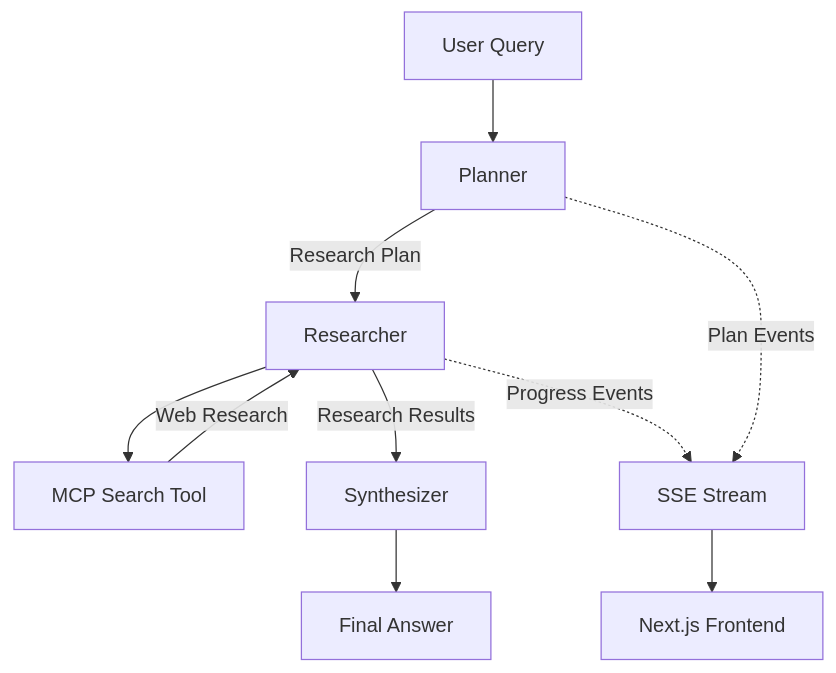
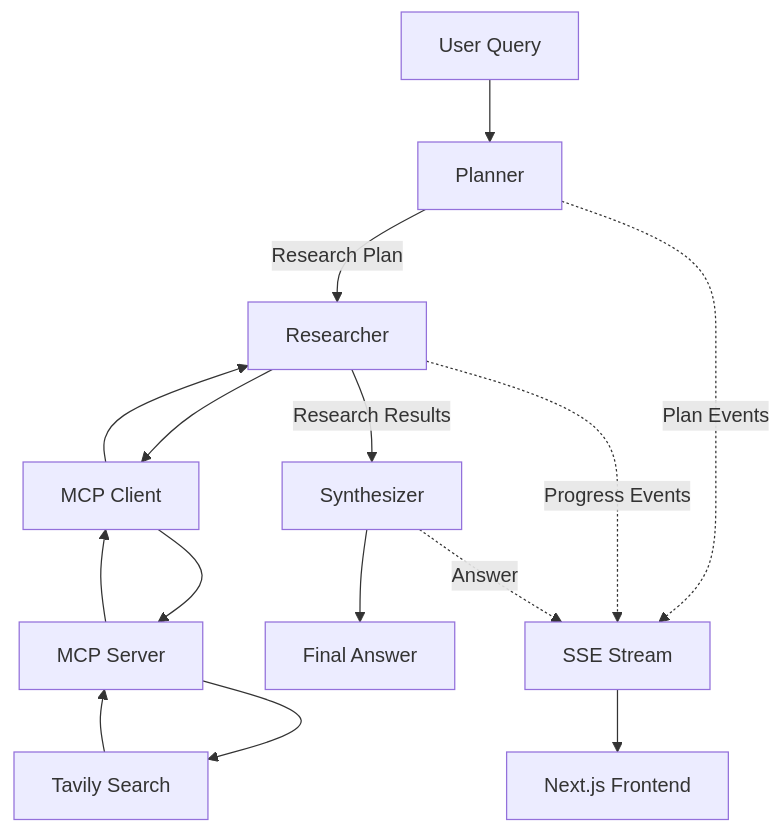
Before and after one commit to kaze1-dev/research-agent: the diagram in README.md, drawn with Mermaid. The commit also changed other lines of this file, not shown here.

````diff
--- a/README.md
+++ b/README.md
@@ -15,18 +15,22 @@
 ```mermaid
 flowchart TD
     A[User Query] --> B[Planner]
 
     B -->|Research Plan| C[Researcher]
 
-    C --> D[MCP Search Tool]
-    D -->|Web Research| C
+    C --> D[MCP Client]
+    D --> E[MCP Server]
+    E --> F[Tavily Search]
+    F --> E
+    E --> D
+    D --> C
 
-    C -->|Research Results| E[Synthesizer]
+    C -->|Research Results| G[Synthesizer]
+    G --> H[Final Answer]
 
-    E --> F[Final Answer]
+    B -.->|Plan Events| I[SSE Stream]
+    C -.->|Progress Events| I
+    G -.->|Answer| I
 
-    C -.->|Progress Events| G[SSE Stream]
-    B -.->|Plan Events| G
-
-    G --> H[Next.js Frontend]
+    I --> J[Next.js Frontend]
 ```
````
